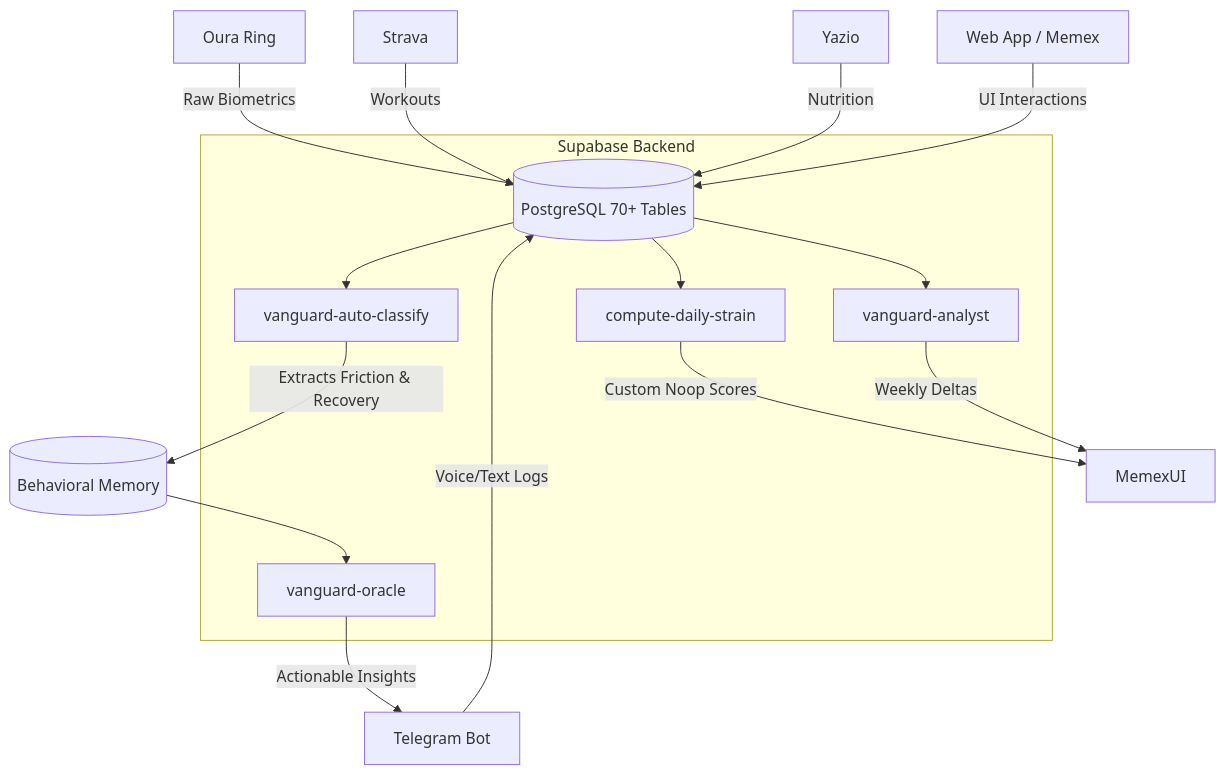
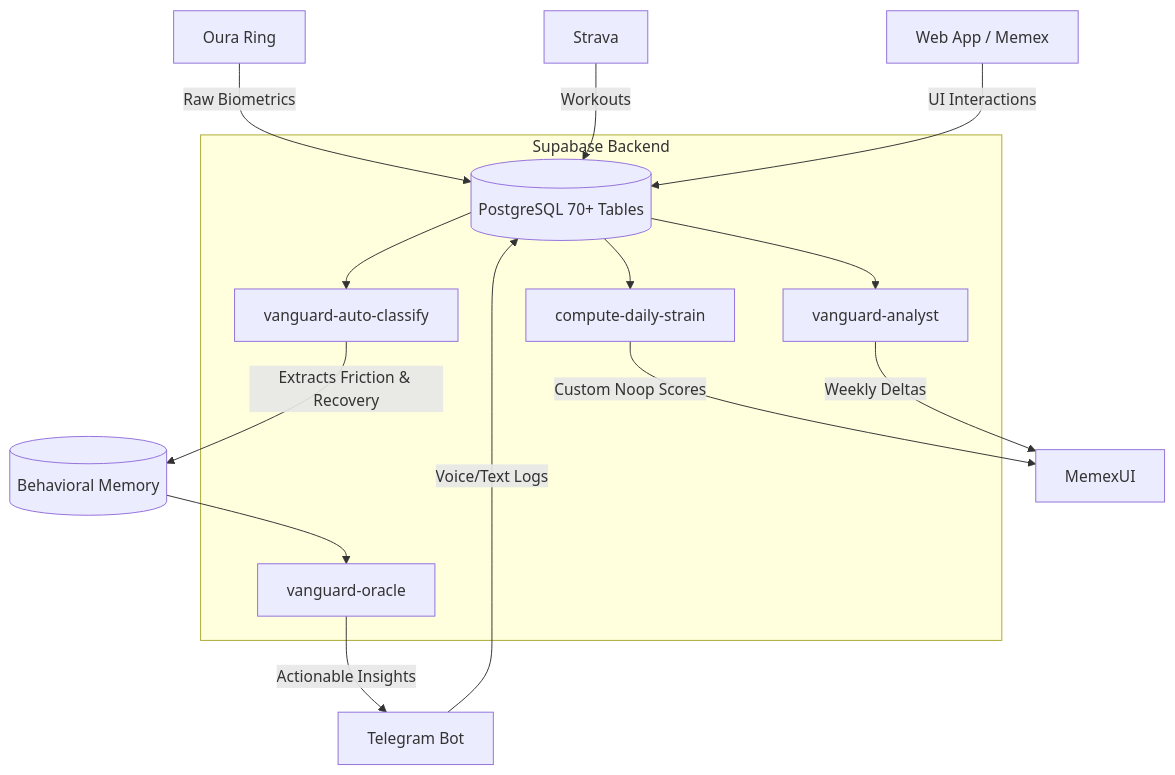
Before and after one commit to jcob2276/vanguard: the diagram in README.md, drawn with Mermaid. The commit also changed other lines of this file, not shown here.

Commit message:
docs: remove Yazio references from README

````diff
--- a/README.md
+++ b/README.md
@@ -21,30 +21,29 @@
 ```mermaid
 graph TD
     %% Inputs
     Oura[Oura Ring] -->|Raw Biometrics| Backend
     Strava[Strava] -->|Workouts| Backend
-    Yazio[Yazio] -->|Nutrition| Backend
     TG[Telegram Bot] -->|Voice/Text Logs| Backend
     Web[Web App / Memex] -->|UI Interactions| Backend
 
     %% Core
     subgraph Supabase [Supabase Backend]
         Backend[(PostgreSQL 70+ Tables)]
         Classify[vanguard-auto-classify]
         Strain[compute-daily-strain]
         Analyst[vanguard-analyst]
         Oracle[vanguard-oracle]
     end
 
     Backend --> Classify
     Backend --> Strain
     Backend --> Analyst
     
     %% Outputs
     Classify -->|Extracts Friction & Recovery| KnowledgeGraph
     Strain -->|Custom Noop Scores| MemexUI
     Analyst -->|Weekly Deltas| MemexUI
     
     KnowledgeGraph[(Behavioral Memory)] --> Oracle
     Oracle -->|Actionable Insights| TG
 ```
````
